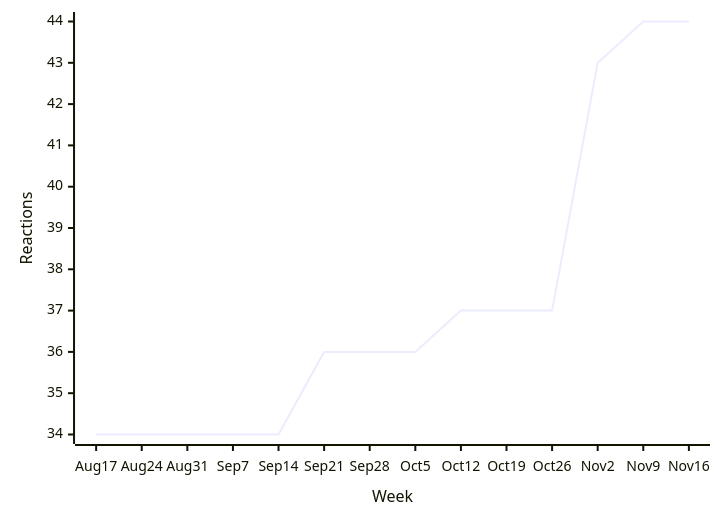
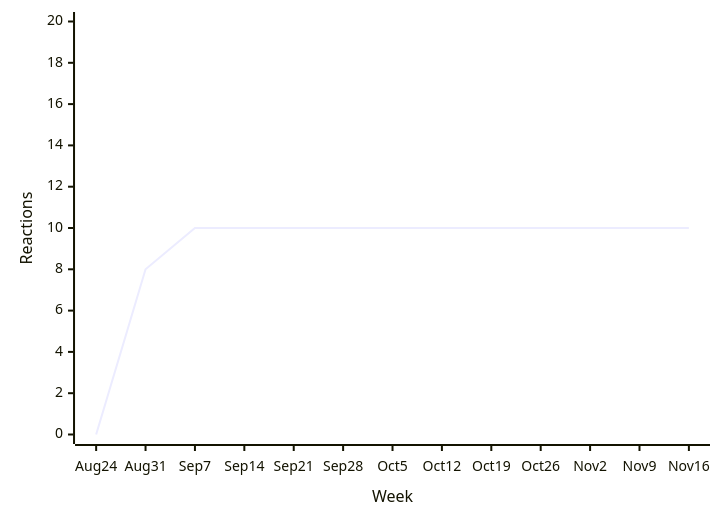
Diagram 15 of 31 in README.md (loic-sharma/github-insights), drawn with Mermaid before and after one commit. The commit also changed other lines of this file and 3 other files, not shown here.

````diff
--- a/README.md
+++ b/README.md
@@ -562,6 +562,6 @@
   ```mermaid
   xychart-beta
-    x-axis "Week" [Aug 17, Aug 24, Aug 31, Sep 7, Sep 14, Sep 21, Sep 28, Oct 5, Oct 12, Oct 19, Oct 26, Nov 2, Nov 9, Nov 16]
-    y-axis "Reactions"
-    line [34, 34, 34, 34, 34, 36, 36, 36, 37, 37, 37, 43, 44, 44]
+    x-axis "Week" [Aug 24, Aug 31, Sep 7, Sep 14, Sep 21, Sep 28, Oct 5, Oct 12, Oct 19, Oct 26, Nov 2, Nov 9, Nov 16]
+    y-axis "Reactions" 0 --> 20
+    line [0, 8, 10, 10, 10, 10, 10, 10, 10, 10, 10, 10, 10]
   ```
````
